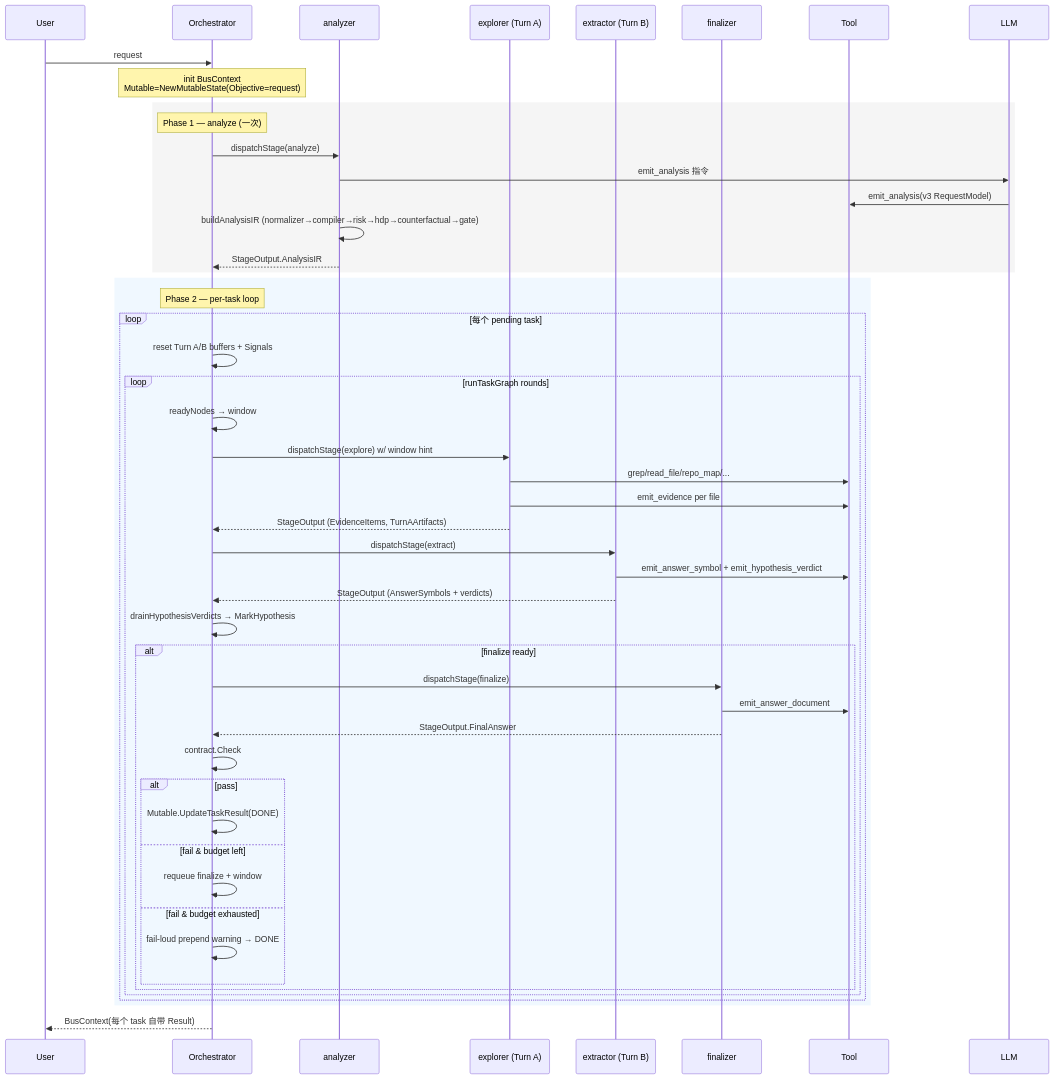
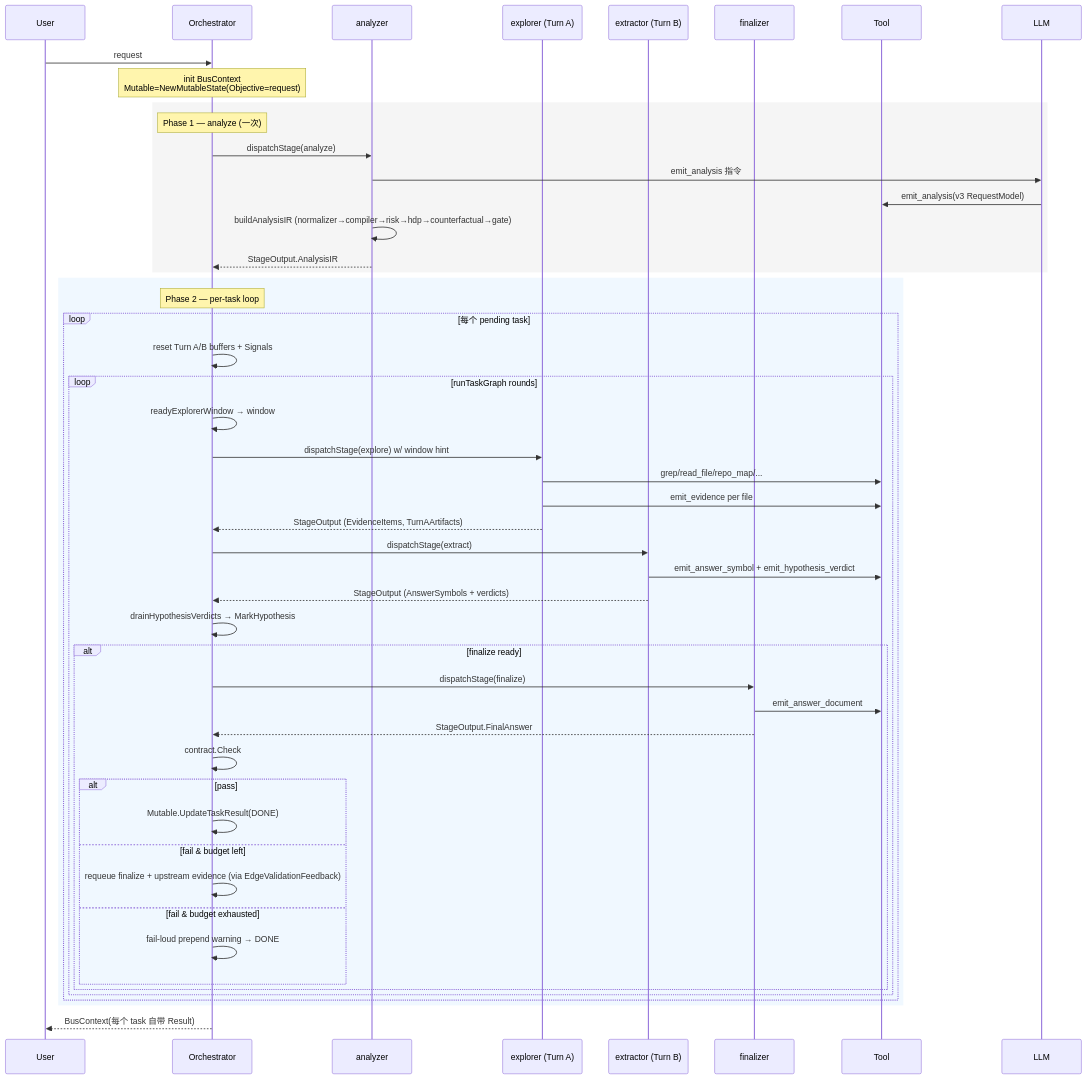
Before and after one commit to hanchaoqun/codrax: the fourth of 4 diagrams in docs/architecture.md, drawn with Mermaid. The commit also changed other lines of this file and 33 other files, not shown here.

````diff
--- a/docs/architecture.md
+++ b/docs/architecture.md
@@ -632,56 +631,56 @@
 ```mermaid
 sequenceDiagram
     participant User
     participant Orch as Orchestrator
     participant A as analyzer
     participant E as explorer (Turn A)
     participant X as extractor (Turn B)
     participant F as finalizer
     participant Tool
     participant LLM
 
     User->>Orch: request
     Note over Orch: init BusContext<br/>Mutable=NewMutableState(Objective=request)
 
     rect rgb(245,245,245)
     Note over Orch: Phase 1 — analyze (一次)
     Orch->>A: dispatchStage(analyze)
     A->>LLM: emit_analysis 指令
     LLM->>Tool: emit_analysis(v3 RequestModel)
     A->>A: buildAnalysisIR (normalizer→compiler→risk→hdp→counterfactual→gate)
     A-->>Orch: StageOutput.AnalysisIR
     end
 
     rect rgb(240,248,255)
     Note over Orch: Phase 2 — per-task loop
     loop 每个 pending task
         Orch->>Orch: reset Turn A/B buffers + Signals
         loop runTaskGraph rounds
-            Orch->>Orch: readyNodes → window
+            Orch->>Orch: readyExplorerWindow → window
             Orch->>E: dispatchStage(explore) w/ window hint
             E->>Tool: grep/read_file/repo_map/...
             E->>Tool: emit_evidence per file
             E-->>Orch: StageOutput (EvidenceItems, TurnAArtifacts)
             Orch->>X: dispatchStage(extract)
             X->>Tool: emit_answer_symbol + emit_hypothesis_verdict
             X-->>Orch: StageOutput (AnswerSymbols + verdicts)
             Orch->>Orch: drainHypothesisVerdicts → MarkHypothesis
             alt finalize ready
                 Orch->>F: dispatchStage(finalize)
                 F->>Tool: emit_answer_document
                 F-->>Orch: StageOutput.FinalAnswer
                 Orch->>Orch: contract.Check
                 alt pass
                     Orch->>Orch: Mutable.UpdateTaskResult(DONE)
                 else fail & budget left
-                    Orch->>Orch: requeue finalize + window
+                    Orch->>Orch: requeue finalize + upstream evidence (via EdgeValidationFeedback)
                 else fail & budget exhausted
                     Orch->>Orch: fail-loud prepend warning → DONE
                 end
             end
         end
     end
     end
 
     Orch-->>User: BusContext(每个 task 自带 Result)
 ```
````
